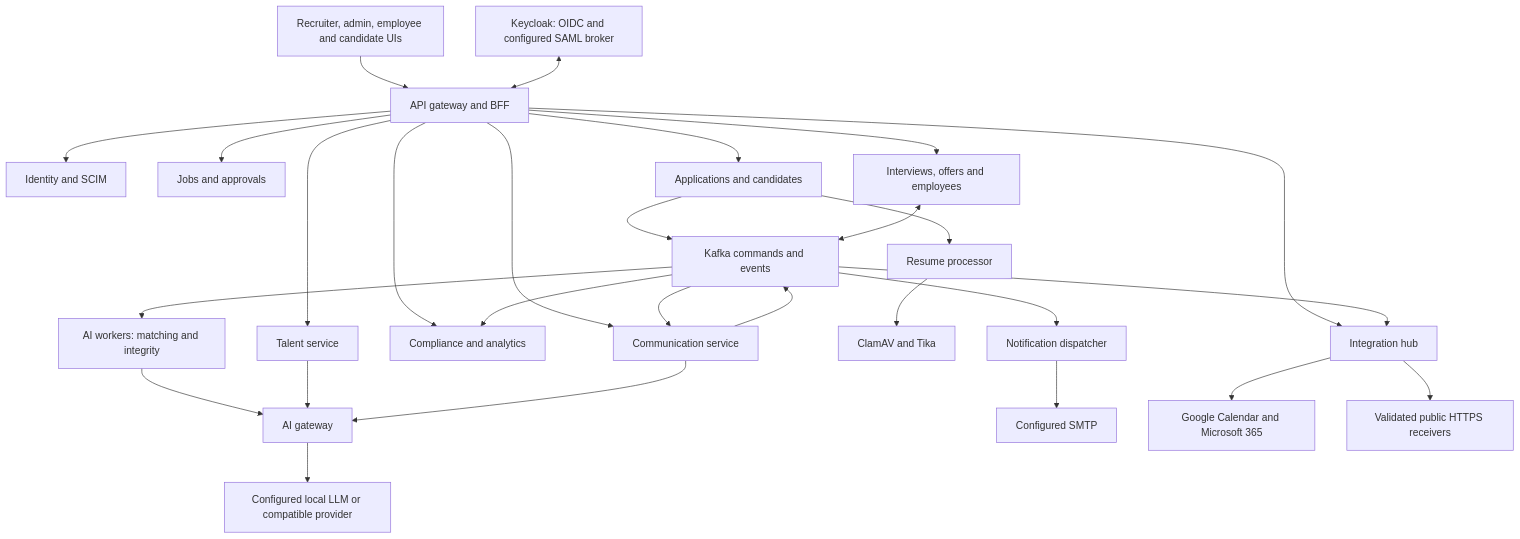
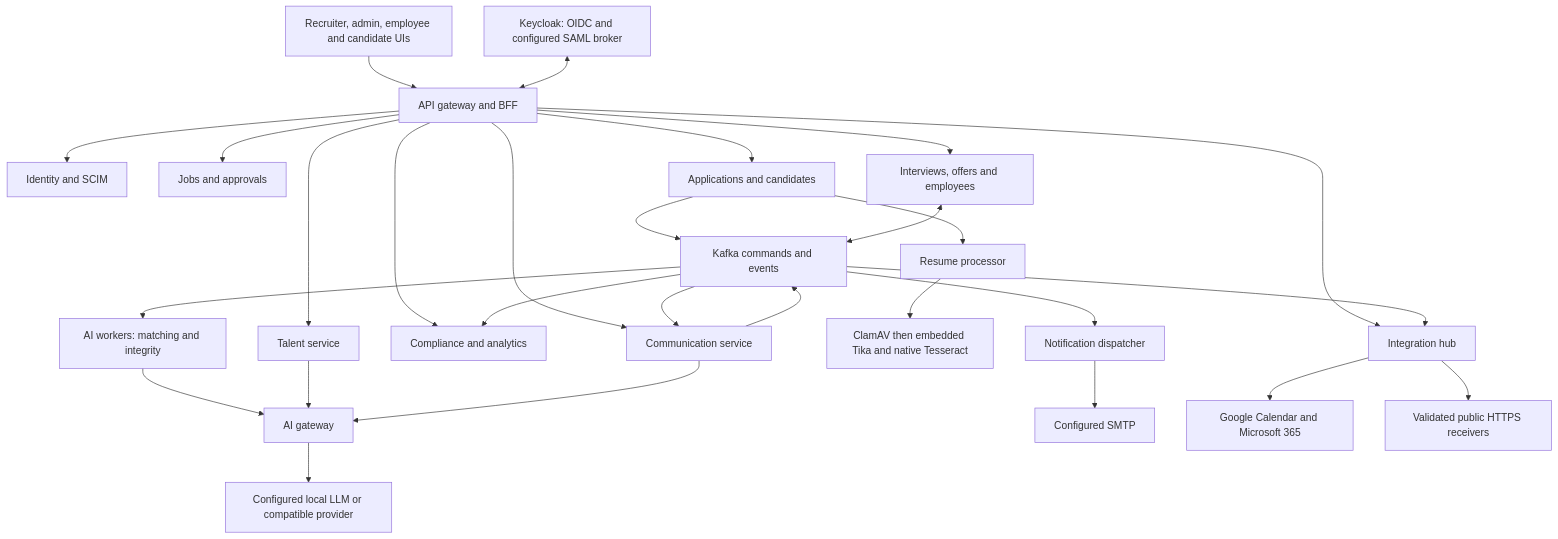
One commit to rabiulbiswas/openhire-ai changed the first of 3 diagrams in docs/services/END_TO_END_DESIGN.md. Above: the diagram before and after it, drawn with Mermaid. The commit also changed 247 other files, not shown here.

````diff
--- a/docs/services/END_TO_END_DESIGN.md
+++ b/docs/services/END_TO_END_DESIGN.md
@@ -7,30 +7,30 @@
 ```mermaid
 flowchart TB
     UI[Recruiter, admin, employee and candidate UIs] --> BFF[API gateway and BFF]
     IdP[Keycloak: OIDC and configured SAML broker] <--> BFF
     BFF --> Identity[Identity and SCIM]
     BFF --> Jobs[Jobs and approvals]
     BFF --> Intake[Applications and candidates]
     BFF --> Hiring[Interviews, offers and employees]
     BFF --> Comms[Communication service]
     BFF --> Talent[Talent service]
     BFF --> Ops[Compliance and analytics]
     BFF --> Hub[Integration hub]
     Intake --> Resume[Resume processor]
-    Resume --> Scan[ClamAV and Tika]
+    Resume --> Scan[ClamAV then embedded Tika and native Tesseract]
     Intake --> Kafka[Kafka commands and events]
     Kafka --> Workers[AI workers: matching and integrity]
     Workers --> AI[AI gateway]
     Talent --> AI
     Comms --> AI
     AI --> LLM[Configured local LLM or compatible provider]
     Hiring <--> Kafka
     Kafka --> Comms
     Kafka --> Ops
     Kafka --> Hub
     Comms --> Kafka
     Kafka --> Delivery[Notification dispatcher]
     Delivery --> SMTP[Configured SMTP]
     Hub --> Calendars[Google Calendar and Microsoft 365]
     Hub --> Hooks[Validated public HTTPS receivers]
 ```
````
